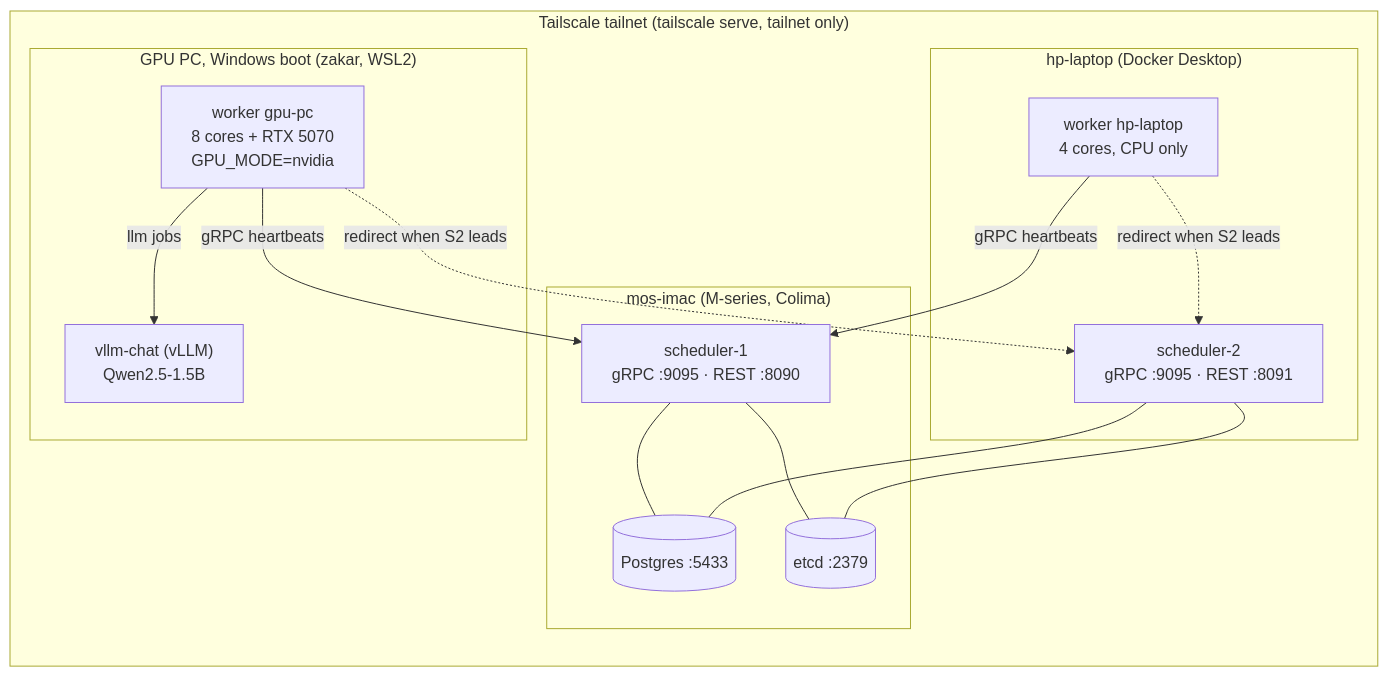
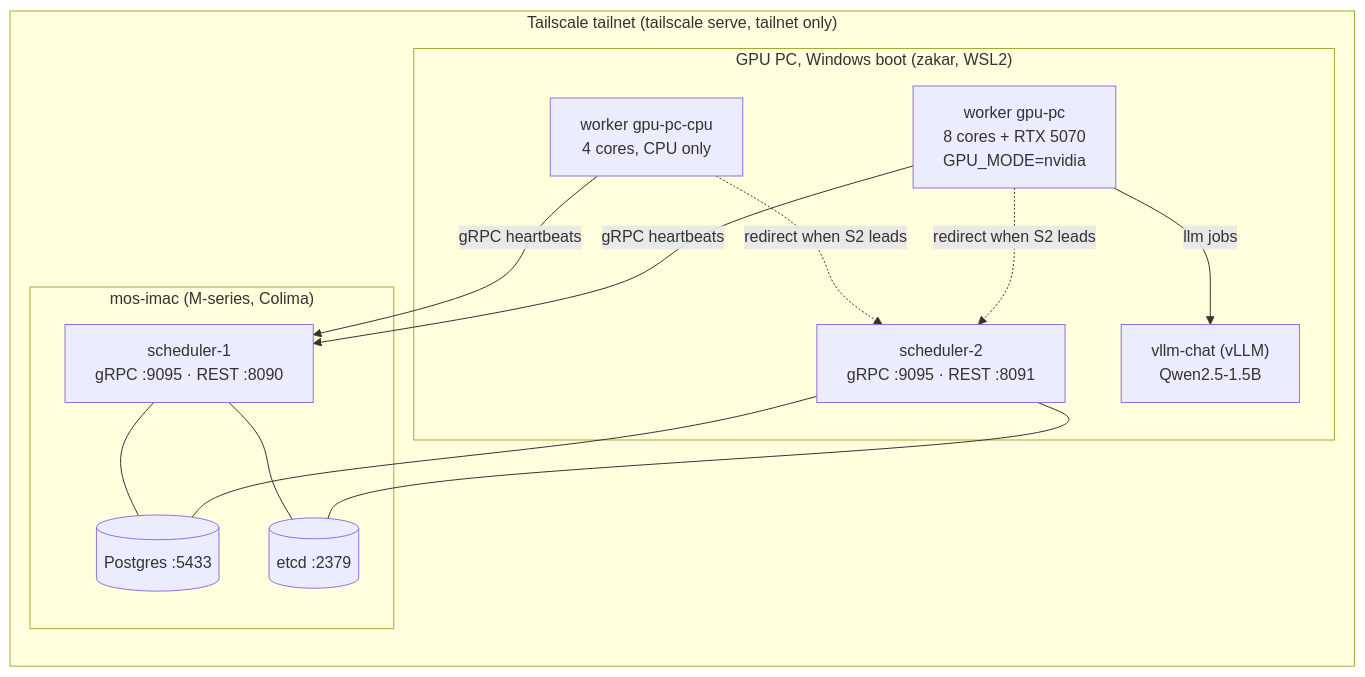
Before and after one commit to zakiscoding/gophergrid: the diagram in docs/homelab.md, drawn with Mermaid. The commit also changed other lines of this file and 5 other files, not shown here.

First line of the commit message:
Move scheduler-2 and the CPU worker off the laptop onto the GPU PC

````diff
--- a/docs/homelab.md
+++ b/docs/homelab.md
@@ -14,22 +16,20 @@
 ```mermaid
 flowchart LR
     subgraph T["Tailscale tailnet (tailscale serve, tailnet only)"]
         subgraph I["mos-imac (M-series, Colima)"]
             PG[("Postgres :5433")]
             ET[("etcd :2379")]
             S1["scheduler-1<br/>gRPC :9095 · REST :8090"]
         end
-        subgraph L["hp-laptop (Docker Desktop)"]
+        subgraph G["GPU PC, Windows boot (zakar, WSL2)"]
             S2["scheduler-2<br/>gRPC :9095 · REST :8091"]
-            WL["worker hp-laptop<br/>4 cores, CPU only"]
-        end
-        subgraph G["GPU PC, Windows boot (zakar, WSL2)"]
+            WL["worker gpu-pc-cpu<br/>4 cores, CPU only"]
             GW["worker gpu-pc<br/>8 cores + RTX 5070<br/>GPU_MODE=nvidia"]
             V["vllm-chat (vLLM)<br/>Qwen2.5-1.5B"]
         end
     end
     S1 & S2 --- PG & ET
     WL & GW -- "gRPC heartbeats" --> S1
     WL & GW -. "redirect when S2 leads" .-> S2
     GW -- "llm jobs" --> V
 ```
````
